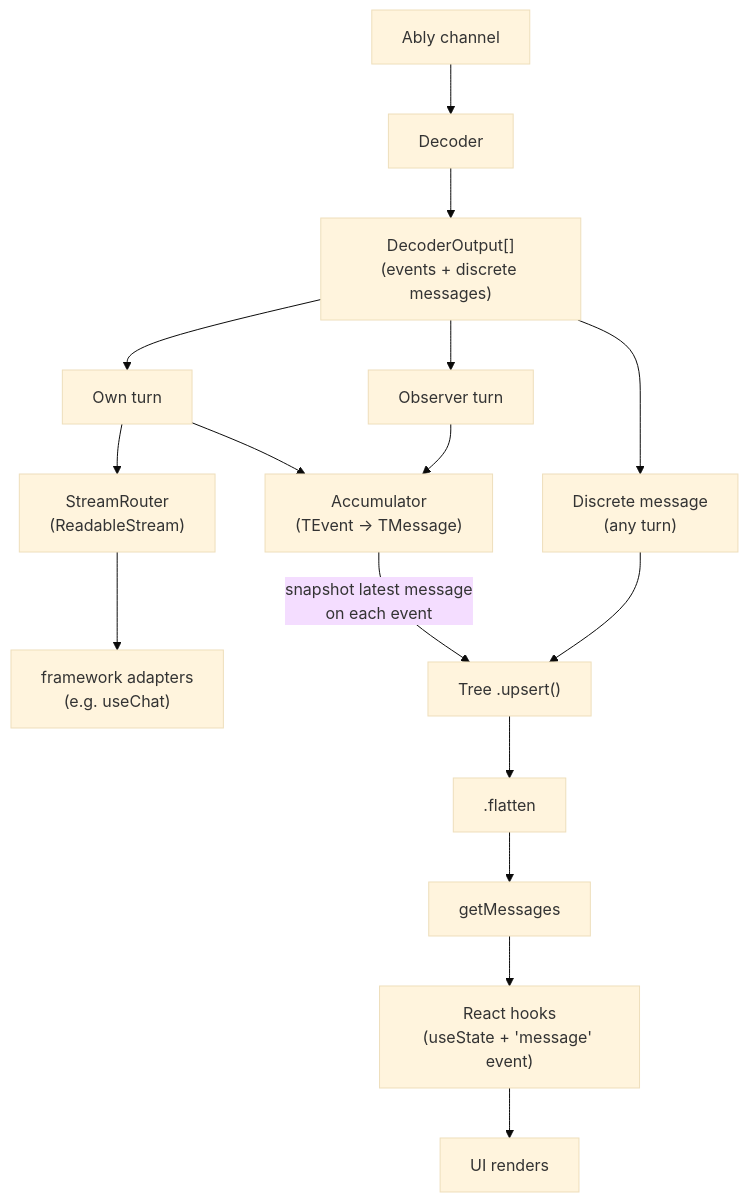
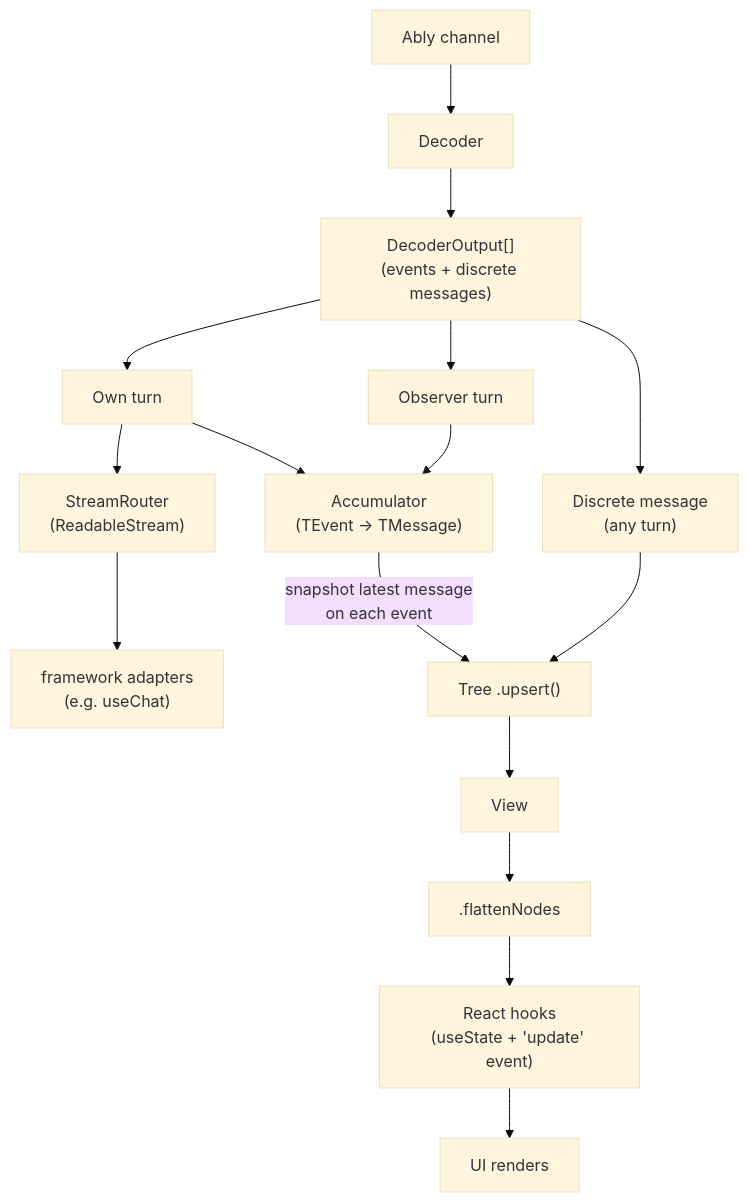
One commit to ably/ably-ai-transport-js changed the diagram in docs/internals/message-lifecycle.md. Above: the diagram before and after it, drawn with Mermaid (base theme). The commit also changed other lines of this file and 25 other files, not shown here.

First line of the commit message:
docs: update all documentation, demos, and spec for tree/view API

````diff
--- a/docs/internals/message-lifecycle.md
+++ b/docs/internals/message-lifecycle.md
@@ -23,22 +23,22 @@
 ```mermaid
 flowchart TD
     Channel[Ably channel] --> Decoder
     Decoder --> Outputs["DecoderOutput[]<br/>(events + discrete messages)"]
 
     Outputs --> Own[Own turn]
     Outputs --> Observer[Observer turn]
     Outputs --> Discrete["Discrete message<br/>(any turn)"]
 
     Own --> StreamRouter["StreamRouter<br/>(ReadableStream)"]
     Own --> Accumulator["Accumulator<br/>(TEvent → TMessage)"]
     Observer --> Accumulator
 
     Accumulator -- "snapshot latest message<br/>on each event" --> Tree["Tree .upsert()"]
     Discrete --> Tree
 
-    Tree --> Flatten[.flatten]
-    Flatten --> GetMessages[getMessages]
-    GetMessages --> Hooks["React hooks<br/>(useState + 'message' event)"]
+    Tree --> View[View]
+    View --> Flatten[.flattenNodes]
+    Flatten --> Hooks["React hooks<br/>(useState + 'update' event)"]
     Hooks --> UI[UI renders]
     StreamRouter --> Adapters["framework adapters<br/>(e.g. useChat)"]
 ```
````
